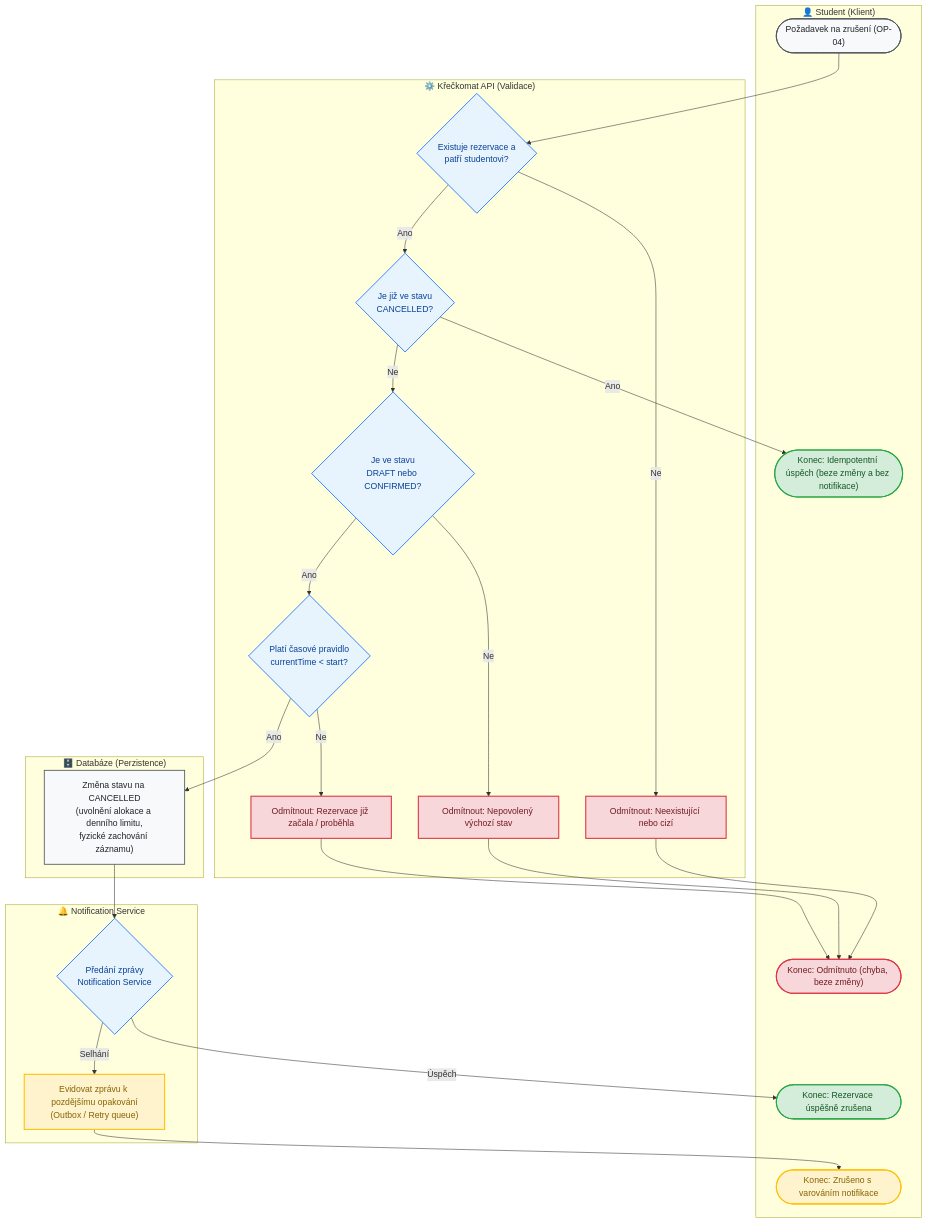
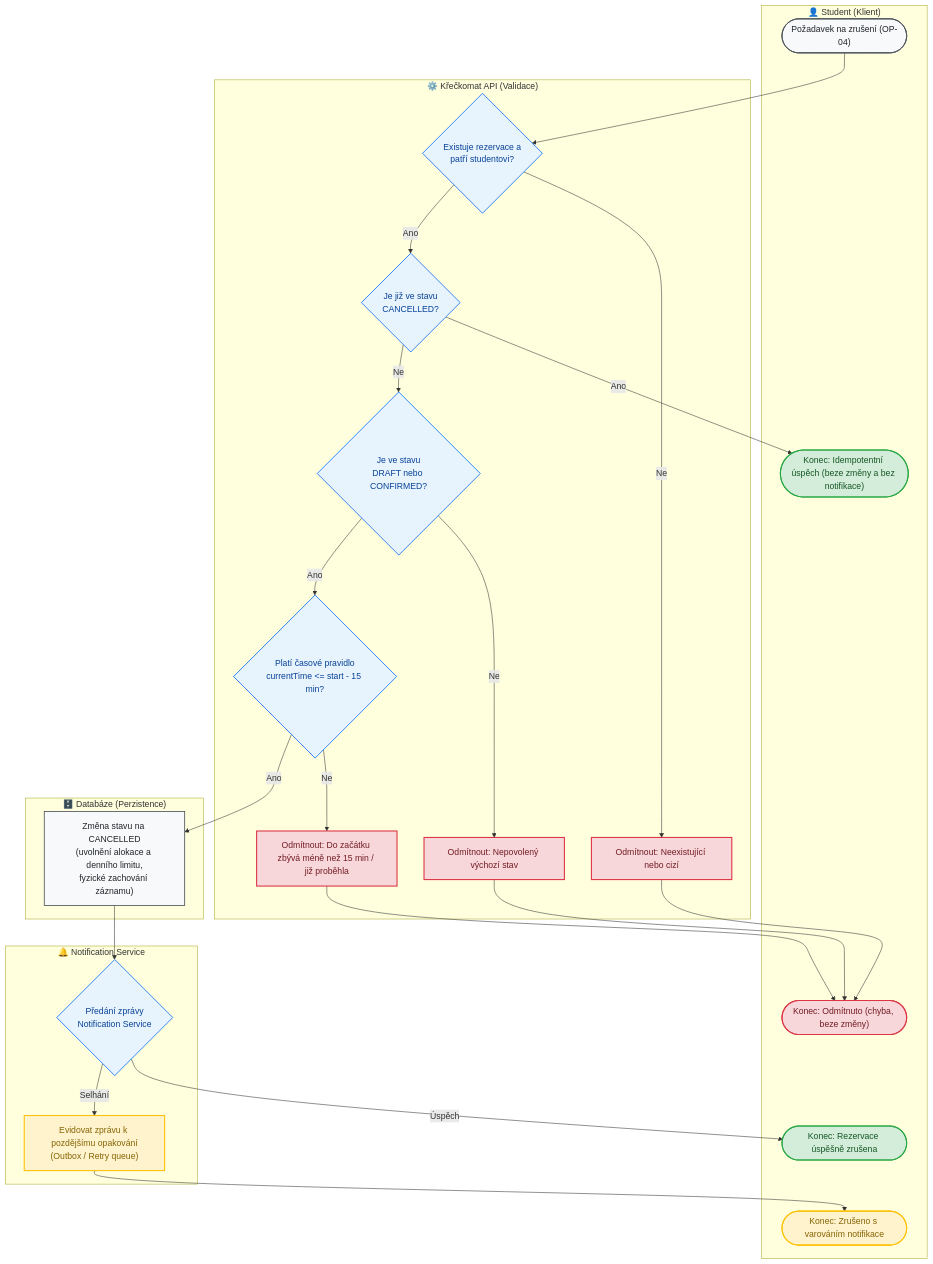
Before and after one commit to tomaskirnig/SWI_2027: the fourth of 6 diagrams in DIAGRAMS.md, drawn with Mermaid. The commit also changed other lines of this file and 14 other files, not shown here.

Commit message:
feat: Finished all diagrams + added fronted + changed DB to supabase

````diff
--- a/DIAGRAMS.md
+++ b/DIAGRAMS.md
@@ -182,52 +182,52 @@
 ```mermaid
 flowchart TD
     classDef success fill:#d4edda,stroke:#28a745,stroke-width:2px,color:#155724;
     classDef fail fill:#f8d7da,stroke:#dc3545,stroke-width:2px,color:#721c24;
     classDef warn fill:#fff3cd,stroke:#ffc107,stroke-width:2px,color:#856404;
     classDef decision fill:#e8f4fd,stroke:#0d6efd,stroke-width:1.5px,color:#084298;
     classDef step fill:#f8f9fa,stroke:#495057,stroke-width:1.5px,color:#212529;
 
     subgraph ClientLane["👤 Student (Klient)"]
         ReqCancel(["Požadavek na zrušení (OP-04)"]):::step
         RespIdempotent(["Konec: Idempotentní úspěch (beze změny a bez notifikace)"]):::success
         RespCancelSuccess(["Konec: Rezervace úspěšně zrušena"]):::success
         RespCancelWarn(["Konec: Zrušeno s varováním notifikace"]):::warn
         RespCancelFail(["Konec: Odmítnuto (chyba, beze změny)"]):::fail
     end
 
     subgraph ApiLane["⚙️ Křečkomat API (Validace)"]
         CheckAuthCancel{"Existuje rezervace a<br/>patří studentovi?"}:::decision
         CheckAlreadyCancelled{"Je již ve stavu<br/>CANCELLED?"}:::decision
         CheckAllowedState{"Je ve stavu<br/>DRAFT nebo CONFIRMED?"}:::decision
-        CheckCancelTime{"Platí časové pravidlo<br/>currentTime < start?"}:::decision
+        CheckCancelTime{"Platí časové pravidlo<br/>currentTime <= start - 15 min?"}:::decision
         RejectAuthCancel["Odmítnout: Neexistující nebo cizí"]:::fail
         RejectInvalidState["Odmítnout: Nepovolený výchozí stav"]:::fail
-        RejectPastTime["Odmítnout: Rezervace již začala / proběhla"]:::fail
+        RejectPastTime["Odmítnout: Do začátku zbývá méně než 15 min / již proběhla"]:::fail
     end
 
     subgraph DbLane["🗄️ Databáze (Perzistence)"]
         SetCancelled["Změna stavu na CANCELLED<br/>(uvolnění alokace a denního limitu,<br/>fyzické zachování záznamu)"]:::step
     end
 
     subgraph NotifLane["🔔 Notification Service"]
         SendCancelNotif{"Předání zprávy<br/>Notification Service"}:::decision
         EnqueueCancelRetry["Evidovat zprávu k pozdějšímu opakování<br/>(Outbox / Retry queue)"]:::warn
     end
 
     ReqCancel --> CheckAuthCancel
     CheckAuthCancel -- "Ne" --> RejectAuthCancel --> RespCancelFail
     CheckAuthCancel -- "Ano" --> CheckAlreadyCancelled
 
     CheckAlreadyCancelled -- "Ano" --> RespIdempotent
     CheckAlreadyCancelled -- "Ne" --> CheckAllowedState
 
     CheckAllowedState -- "Ne" --> RejectInvalidState --> RespCancelFail
     CheckAllowedState -- "Ano" --> CheckCancelTime
 
     CheckCancelTime -- "Ne" --> RejectPastTime --> RespCancelFail
     CheckCancelTime -- "Ano" --> SetCancelled
 
     SetCancelled --> SendCancelNotif
     SendCancelNotif -- "Úspěch" --> RespCancelSuccess
     SendCancelNotif -- "Selhání" --> EnqueueCancelRetry --> RespCancelWarn
 ```
````
